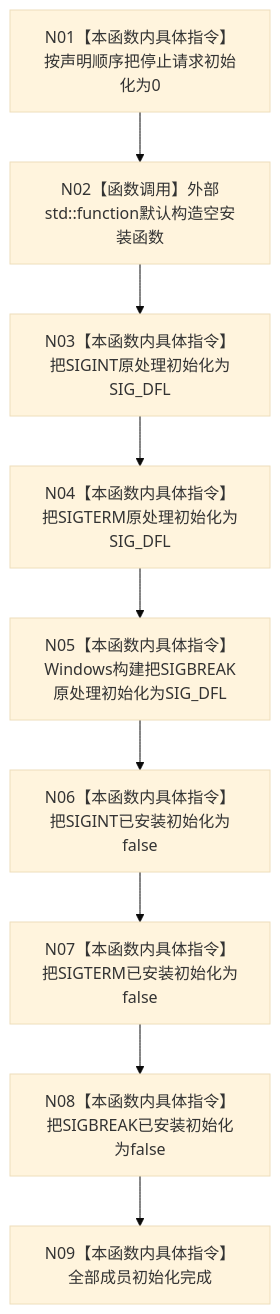
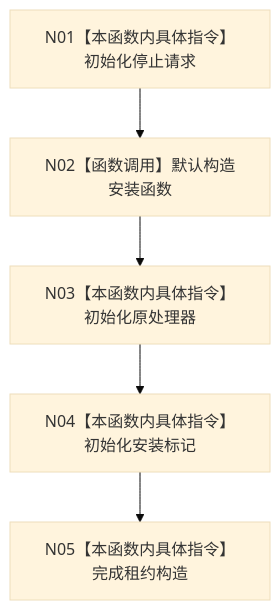
Before and after one commit to chunhaizh-cyber/HY-Ego: the diagram in 流程图/代码流程图/L4/CF-L4-0021_停止信号租约_默认构造_现状流程图.md, drawn with Mermaid (base theme). The commit also changed other lines of this file and 144 other files, not shown here.

First line of the commit message:
知识: 清理过期规范与旧设计、刷新流程图与计划、新增I64等价消费设计与L2需求合同

````diff
--- a/流程图/代码流程图/L4/CF-L4-0021_停止信号租约_默认构造_现状流程图.md
+++ b/流程图/代码流程图/L4/CF-L4-0021_停止信号租约_默认构造_现状流程图.md
@@ -15,13 +20,9 @@
 ```mermaid
 flowchart TD
-    N01["N01【本函数内具体指令】按声明顺序把停止请求初始化为0"]
-    N02["N02【函数调用】外部std::function默认构造空安装函数"]
-    N03["N03【本函数内具体指令】把SIGINT原处理初始化为SIG_DFL"]
-    N04["N04【本函数内具体指令】把SIGTERM原处理初始化为SIG_DFL"]
-    N05["N05【本函数内具体指令】Windows构建把SIGBREAK原处理初始化为SIG_DFL"]
-    N06["N06【本函数内具体指令】把SIGINT已安装初始化为false"]
-    N07["N07【本函数内具体指令】把SIGTERM已安装初始化为false"]
-    N08["N08【本函数内具体指令】把SIGBREAK已安装初始化为false"]
-    N09["N09【本函数内具体指令】全部成员初始化完成"]
-    N01 --> N02 --> N03 --> N04 --> N05 --> N06 --> N07 --> N08 --> N09
+    N01["N01【本函数内具体指令】初始化停止请求"]
+    N02["N02【函数调用】默认构造安装函数"]
+    N03["N03【本函数内具体指令】初始化原处理器"]
+    N04["N04【本函数内具体指令】初始化安装标记"]
+    N05["N05【本函数内具体指令】完成租约构造"]
+    N01 --> N02 --> N03 --> N04 --> N05
 ```
````
